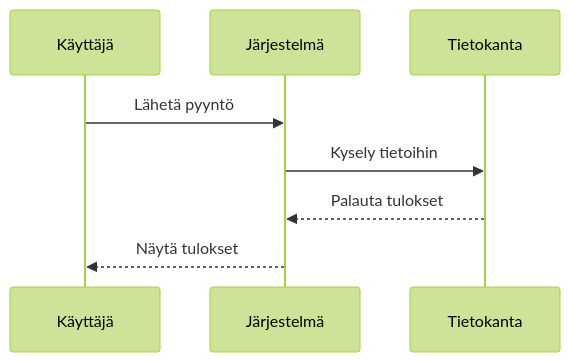
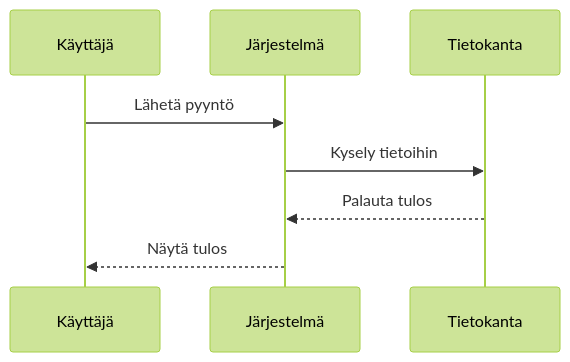
The second of 7 diagrams in .czon/src/fi-FI/8938d6aac9c056c06137a041b8e82379bfb619bb6d435b9ecec515337dd0cd69.md (zccz14/CZON), drawn with Mermaid (forest theme) before and after one commit. The commit also changed other lines of this file and 148 other files, not shown here.

````diff
--- a/.czon/src/fi-FI/8938d6aac9c056c06137a041b8e82379bfb619bb6d435b9ecec515337dd0cd69.md
+++ b/.czon/src/fi-FI/8938d6aac9c056c06137a041b8e82379bfb619bb6d435b9ecec515337dd0cd69.md
@@ -38,11 +37,11 @@
 ```mermaid
 sequenceDiagram
     participant Käyttäjä
     participant Järjestelmä
     participant Tietokanta
 
     Käyttäjä->>Järjestelmä: Lähetä pyyntö
     Järjestelmä->>Tietokanta: Kysely tietoihin
-    Tietokanta-->>Järjestelmä: Palauta tulokset
-    Järjestelmä-->>Käyttäjä: Näytä tulokset
+    Tietokanta-->>Järjestelmä: Palauta tulos
+    Järjestelmä-->>Käyttäjä: Näytä tulos
 ```
````
